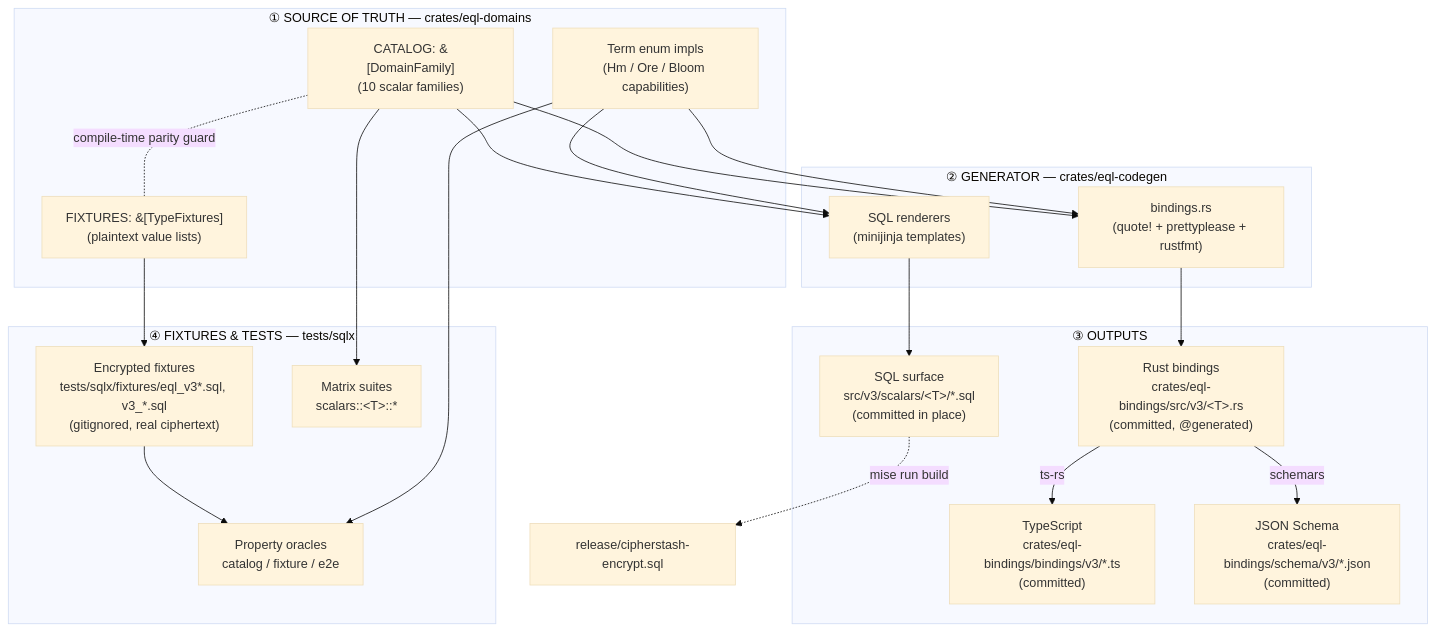
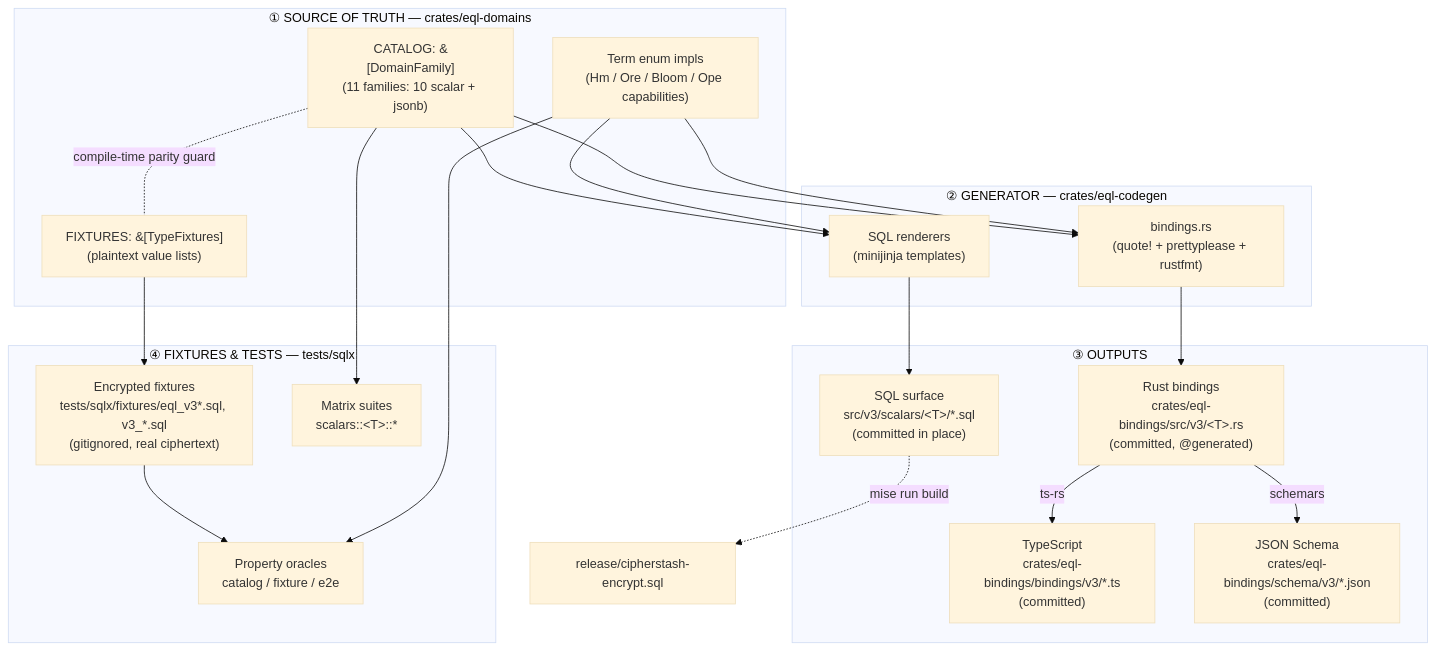
The first of 15 diagrams in docs/reference/catalog-driven-architecture.md (cipherstash/encrypt-query-language), drawn with Mermaid (base theme) before and after one commit. The commit also changed other lines of this file and 5 other files, not shown here.

````diff
--- a/docs/reference/catalog-driven-architecture.md
+++ b/docs/reference/catalog-driven-architecture.md
@@ -16,40 +16,40 @@
 ```mermaid
 flowchart TD
     subgraph SOT["① SOURCE OF TRUTH — crates/eql-domains"]
-        CAT["CATALOG: &[DomainFamily]<br/>(10 scalar families)"]
+        CAT["CATALOG: &[DomainFamily]<br/>(11 families: 10 scalar + jsonb)"]
         FIX["FIXTURES: &[TypeFixtures]<br/>(plaintext value lists)"]
-        TERM["Term enum impls<br/>(Hm / Ore / Bloom capabilities)"]
+        TERM["Term enum impls<br/>(Hm / Ore / Bloom / Ope capabilities)"]
         CAT -.compile-time parity guard.- FIX
     end
 
     subgraph GEN["② GENERATOR — crates/eql-codegen"]
         SQLR["SQL renderers<br/>(minijinja templates)"]
         BIND["bindings.rs<br/>(quote! + prettyplease + rustfmt)"]
     end
 
     subgraph OUT["③ OUTPUTS"]
         SQL["SQL surface<br/>src/v3/scalars/&lt;T&gt;/*.sql<br/>(committed in place)"]
         RS["Rust bindings<br/>crates/eql-bindings/src/v3/&lt;T&gt;.rs<br/>(committed, @generated)"]
         TS["TypeScript<br/>crates/eql-bindings/bindings/v3/*.ts<br/>(committed)"]
         JS["JSON Schema<br/>crates/eql-bindings/schema/v3/*.json<br/>(committed)"]
     end
 
     subgraph TEST["④ FIXTURES & TESTS — tests/sqlx"]
         FXSQL["Encrypted fixtures<br/>tests/sqlx/fixtures/eql_v3*.sql, v3_*.sql<br/>(gitignored, real ciphertext)"]
         MATRIX["Matrix suites<br/>scalars::&lt;T&gt;::*"]
         PROP["Property oracles<br/>catalog / fixture / e2e"]
     end
 
     CAT --> SQLR --> SQL
     CAT --> BIND --> RS
     TERM --> SQLR
     TERM --> BIND
     RS -->|ts-rs| TS
     RS -->|schemars| JS
     FIX --> FXSQL
     CAT --> MATRIX
     FXSQL --> PROP
     TERM --> PROP
 
     SQL -.->|mise run build| INSTALLER["release/cipherstash-encrypt.sql"]
 ```
````
